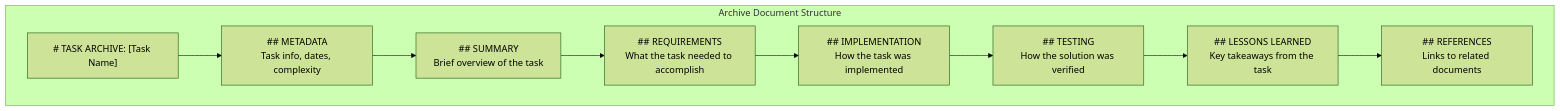
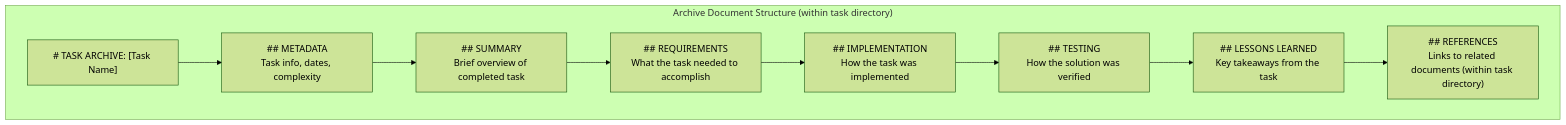
One commit to vanzan01/cursor-memory-bank changed the second of 5 diagrams in .cursor/rules/isolation_rules/visual-maps/archive-mode-map.mdc. Above: the diagram before and after it, drawn with Mermaid (forest theme). The commit also changed other lines of this file and 52 other files, not shown here.

Commit message:
Добавлены новые правила для управления активными задачами и генерации сообщений коммитов. Обновлены существующие правила для улучшения логики обработки контекста и управления задачами. Включены инструкции по созданию заметок для релиза и улучшены диаграммы процесса для режимов ARCHIVE и CREATIVE.

````diff
--- a/.cursor/rules/isolation_rules/visual-maps/archive-mode-map.mdc
+++ b/.cursor/rules/isolation_rules/visual-maps/archive-mode-map.mdc
@@ -87,15 +88,15 @@
 ```mermaid
 graph TD
-    subgraph "Archive Document Structure"
+    subgraph "Archive Document Structure (within task directory)"
         Header["# TASK ARCHIVE: [Task Name]"]
         Meta["## METADATA<br>Task info, dates, complexity"]
-        Summary["## SUMMARY<br>Brief overview of the task"]
+        Summary["## SUMMARY<br>Brief overview of completed task"]
         Requirements["## REQUIREMENTS<br>What the task needed to accomplish"]
         Implementation["## IMPLEMENTATION<br>How the task was implemented"]
         Testing["## TESTING<br>How the solution was verified"]
         Lessons["## LESSONS LEARNED<br>Key takeaways from the task"]
-        Refs["## REFERENCES<br>Links to related documents"]
+        Refs["## REFERENCES<br>Links to related documents (within task directory)"]
     end
 
     Header --> Meta --> Summary --> Requirements --> Implementation --> Testing --> Lessons --> Refs
 ```
````
